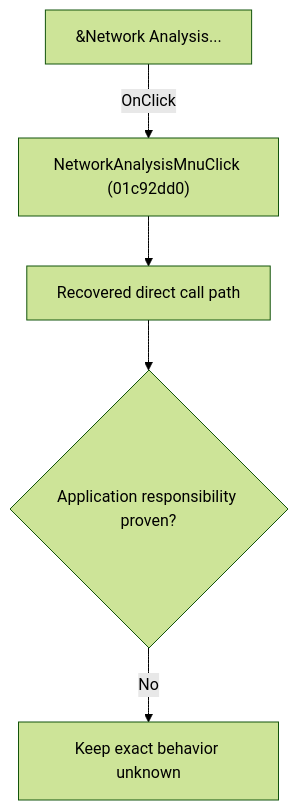
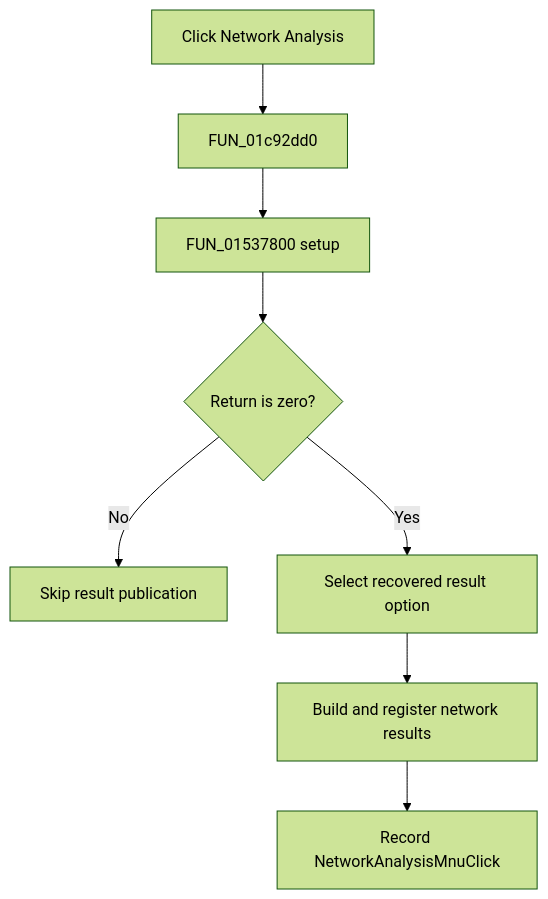
One commit to MovGP0/TIARA changed the diagram in docs/ui-controls/schematiceditor/networkanalysismnu-0d8d2f64f2.md. Above: the diagram before and after it, drawn with Mermaid (forest theme). The commit also changed other lines of this file and 241 other files, not shown here.

````diff
--- a/docs/ui-controls/schematiceditor/networkanalysismnu-0d8d2f64f2.md
+++ b/docs/ui-controls/schematiceditor/networkanalysismnu-0d8d2f64f2.md
@@ -27,7 +27,10 @@
 ```mermaid
 flowchart TD
-    control["&Network Analysis..."] -->|"OnClick"| handler["NetworkAnalysisMnuClick (01c92dd0)"]
-    handler --> recovered["Recovered direct call path"]
-    recovered --> gap{"Application responsibility proven?"}
-    gap -->|"No"| blocked["Keep exact behavior unknown"]
+    control["Click Network Analysis"] --> handler["FUN_01c92dd0"]
+    handler --> setup["FUN_01537800 setup"]
+    setup --> zero{"Return is zero?"}
+    zero -->|"No"| stop["Skip result publication"]
+    zero -->|"Yes"| option["Select recovered result option"]
+    option --> publish["Build and register network results"]
+    publish --> record["Record NetworkAnalysisMnuClick"]
 ```
````
